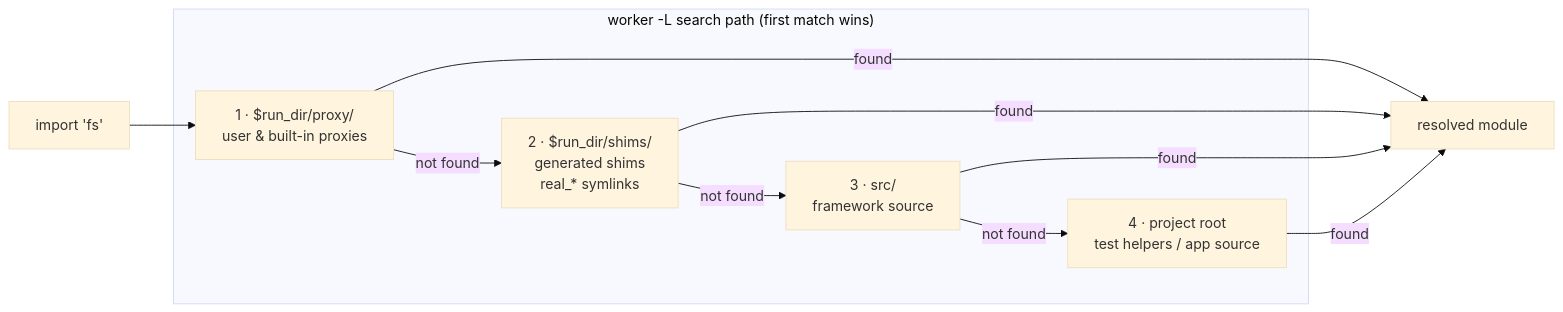
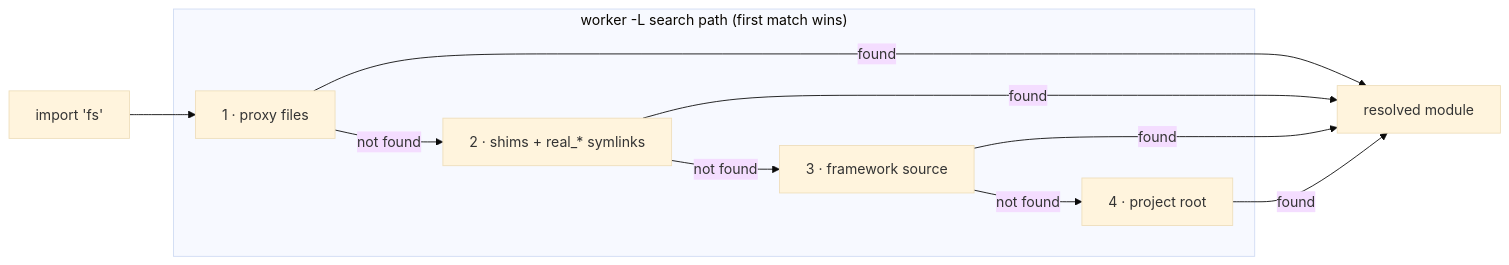
One commit to m00qek/utest changed the diagram in docs/explanation/shim-generation.md. Above: the diagram before and after it, drawn with Mermaid (base theme). The commit also changed other lines of this file and 121 other files, not shown here.

````diff
--- a/docs/explanation/shim-generation.md
+++ b/docs/explanation/shim-generation.md
@@ -116,19 +86,19 @@
 ```mermaid
 flowchart LR
     IMP["import 'fs'"] --> P1
 
     subgraph "worker -L search path (first match wins)"
-        P1["1 · $run_dir/proxy/\nuser & built-in proxies"]
-        P2["2 · $run_dir/shims/\ngenerated shims\nreal_* symlinks"]
-        P3["3 · src/\nframework source"]
-        P4["4 · project root\ntest helpers / app source"]
+        P1["1 · proxy files"]
+        P2["2 · shims + real_* symlinks"]
+        P3["3 · framework source"]
+        P4["4 · project root"]
         P1 -->|"not found"| P2
         P2 -->|"not found"| P3
         P3 -->|"not found"| P4
     end
 
     P1 -->|"found"| RES["resolved module"]
     P2 -->|"found"| RES
     P3 -->|"found"| RES
     P4 -->|"found"| RES
 ```
````
